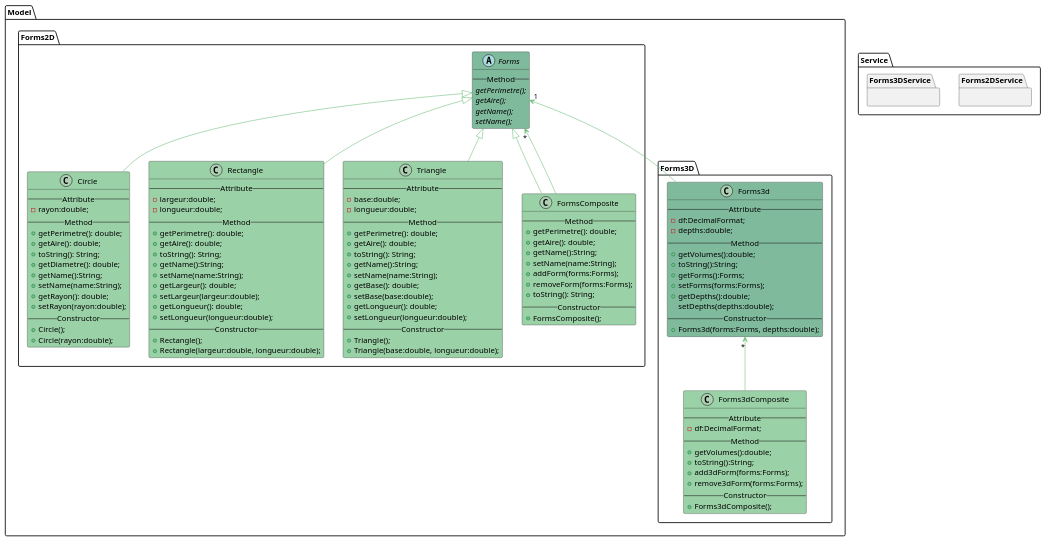
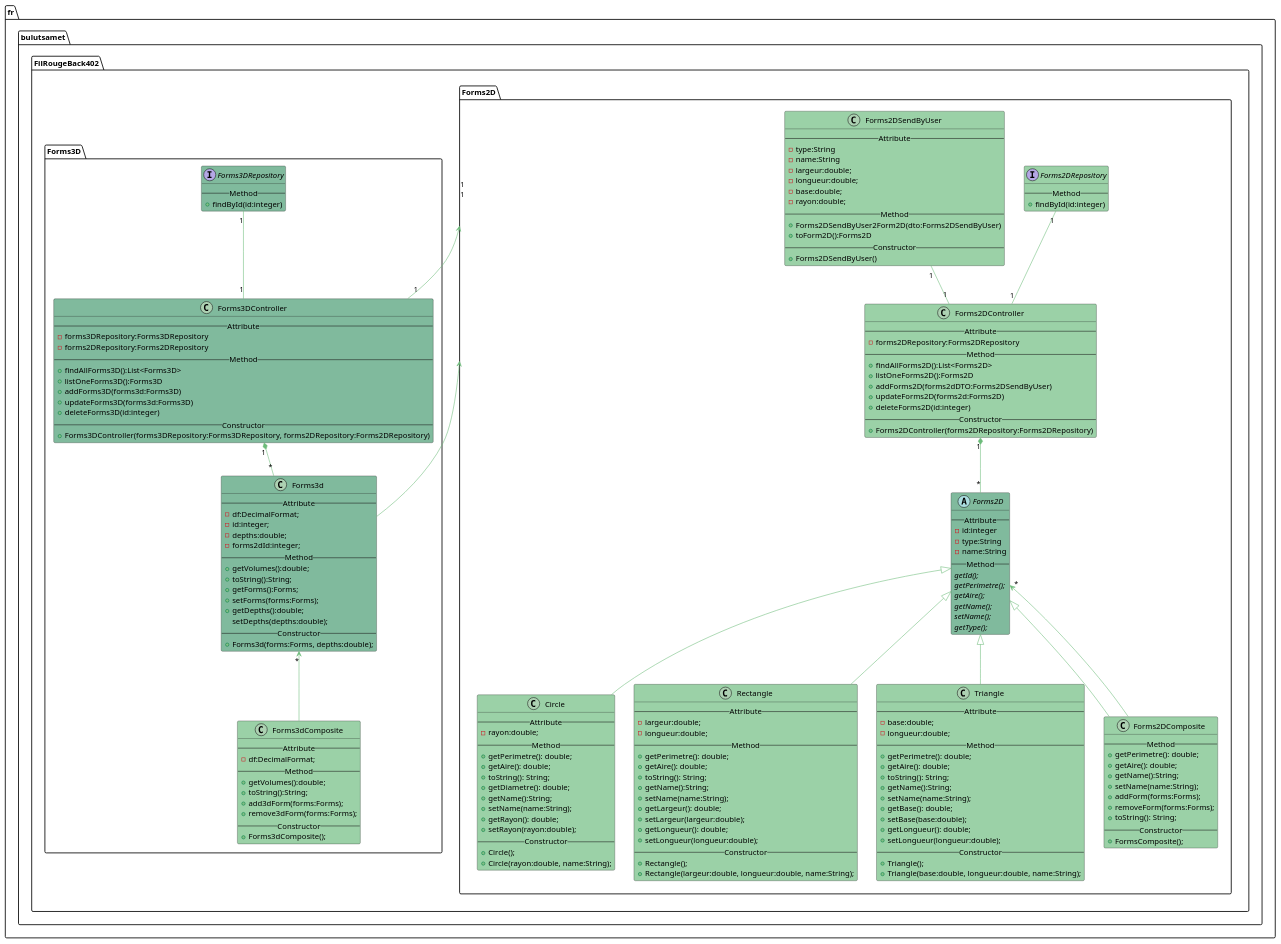
One commit to BSamet/fil_rouge_4.0.2 changed the diagram in filrouge_402-BACK/FilRougeBack402/umlFilRouge.puml. Above: the diagram before and after it, drawn with PlantUML. The commit also changed 7 other files, not shown here.

Commit message:
Samet: 3d post works & uml updated

```diff
--- a/filrouge_402-BACK/FilRougeBack402/umlFilRouge.puml
+++ b/filrouge_402-BACK/FilRougeBack402/umlFilRouge.puml
@@ -1,127 +1,187 @@
 @startuml
 
-package "Model" {
+package "fr.bulutsamet.FilRougeBack402" {
     package "Forms2D" {
-        abstract class Forms #80BA9D {
+        abstract class Forms2D #80BA9D {
+            --Attribute--
+            -id:integer
+            -type:String
+            -name:String
             --Method--
+            {abstract} getId();
             {abstract} getPerimetre();
             {abstract} getAire();
             {abstract} getName();
             {abstract} setName();
+            {abstract} getType();
         }
 
         class Circle #9BD1A7 {
             --Attribute--
             -rayon:double;
             --Method--
             +getPerimetre(): double;
             +getAire(): double;
             +toString(): String;
             +getDiametre(): double;
             +getName():String;
             +setName(name:String);
             +getRayon(): double;
             +setRayon(rayon:double);
             --Constructor--
             +Circle();
-            +Circle(rayon:double);
+            +Circle(rayon:double, name:String);
         }
 
         class Rectangle #9BD1A7 {
             --Attribute--
             -largeur:double;
             -longueur:double;
             --Method--
             +getPerimetre(): double;
             +getAire(): double;
             +toString(): String;
             +getName():String;
             +setName(name:String);
             +getLargeur(): double;
             +setLargeur(largeur:double);
             +getLongueur(): double;
             +setLongueur(longueur:double);
             --Constructor--
             +Rectangle();
-            +Rectangle(largeur:double, longueur:double);
+            +Rectangle(largeur:double, longueur:double, name:String);
         }
 
         class Triangle #9BD1A7 {
             --Attribute--
             -base:double;
             -longueur:double;
             --Method--
             +getPerimetre(): double;
             +getAire(): double;
             +toString(): String;
             +getName():String;
             +setName(name:String);
             +getBase(): double;
             +setBase(base:double);
             +getLongueur(): double;
             +setLongueur(longueur:double);
             --Constructor--
             +Triangle();
-            +Triangle(base:double, longueur:double);
+            +Triangle(base:double, longueur:double, name:String);
         }
 
-        class FormsComposite #9BD1A7 {
+        class Forms2DComposite #9BD1A7 {
             --Method--
             +getPerimetre(): double;
             +getAire(): double;
             +getName():String;
             +setName(name:String);
             +addForm(forms:Forms);
             +removeForm(forms:Forms);
             +toString(): String;
             --Constructor--
             +FormsComposite();
         }
-            Forms <|-- Circle #6CBB7A
-            Forms <|-- Rectangle #6CBB7A
-            Forms <|-- Triangle #6CBB7A
-            Forms <|-- FormsComposite #6CBB7A
-            Forms "*" <-- FormsComposite #6CBB7A
+
+        class Forms2DController #9BD1A7 {
+            --Attribute--
+            -forms2DRepository:Forms2DRepository
+            --Method--
+            +findAllForms2D():List<Forms2D>
+            +listOneForms2D():Forms2D
+            +addForms2D(forms2dDTO:Forms2DSendByUser)
+            +updateForms2D(forms2d:Forms2D)
+            +deleteForms2D(id:integer)
+            --Constructor--
+            +Forms2DController(forms2DRepository:Forms2DRepository)
+        }
+
+        interface Forms2DRepository #9BD1A7 {
+            --Method--
+            +findById(id:integer)
+        }
+
+        class Forms2DSendByUser #9BD1A7 {
+            --Attribute--
+            -type:String
+            -name:String
+            -largeur:double;
+            -longueur:double;
+            -base:double;
+            -rayon:double;
+            --Method--
+            +Forms2DSendByUser2Form2D(dto:Forms2DSendByUser)
+            +toForm2D():Forms2D
+            --Constructor--
+            +Forms2DSendByUser()
+        }
+
+            Forms2D <|-- Circle #6CBB7A
+            Forms2D <|-- Rectangle #6CBB7A
+            Forms2D <|-- Triangle #6CBB7A
+            Forms2D <|-- Forms2DComposite #6CBB7A
+            Forms2D "*" <-- Forms2DComposite #6CBB7A
+            Forms2DController "1" *-- "*" Forms2D #6CBB7A
+            Forms2DRepository "1" -- "1" Forms2DController #6CBB7A
+            Forms2DSendByUser "1" -- "1" Forms2DController #6CBB7A
     }
 
     package "Forms3D" {
         class Forms3d #80BA9D {
             --Attribute--
             -df:DecimalFormat;
+            -id:integer;
             -depths:double;
+            -forms2dId:integer;
             --Method--
             +getVolumes():double;
             +toString():String;
             +getForms():Forms;
             +setForms(forms:Forms);
             +getDepths():double;
             setDepths(depths:double);
             --Constructor--
             +Forms3d(forms:Forms, depths:double);
         }
 
         class Forms3dComposite #9BD1A7 {
             --Attribute--
             -df:DecimalFormat;
             --Method--
             +getVolumes():double;
             +toString():String;
             +add3dForm(forms:Forms);
             +remove3dForm(forms:Forms);
             --Constructor--
             +Forms3dComposite();
         }
+
+        class Forms3DController #80BA9D {
+            --Attribute--
+            -forms3DRepository:Forms3DRepository
+            -forms2DRepository:Forms2DRepository
+            --Method--
+            +findAllForms3D():List<Forms3D>
+            +listOneForms3D():Forms3D
+            +addForms3D(forms3d:Forms3D)
+            +updateForms3D(forms3d:Forms3D)
+            +deleteForms3D(id:integer)
+            --Constructor--
+            +Forms3DController(forms3DRepository:Forms3DRepository, forms2DRepository:Forms2DRepository)
+        }
+
+        interface Forms3DRepository #80BA9D {
+            --Method--
+            +findById(id:integer)
+        }
         Forms3d "*" <-- Forms3dComposite #6CBB7A
+        Forms3DController "1" *-- "*" Forms3d #6CBB7A
+        Forms3DRepository "1" -- "1" Forms3DController #6CBB7A
     }
-    Forms "1" <-- Forms3d #6CBB7A
-}
-
-package "Service" {
-    package "Forms2DService" {
-    }
-    package "Forms3DService" {
-    }
+    Forms2D "1" <-- Forms3d #6CBB7A
+    Forms2D "1" <-- "1" Forms3DController #6CBB7A
 }
 
 
 @enduml
```
